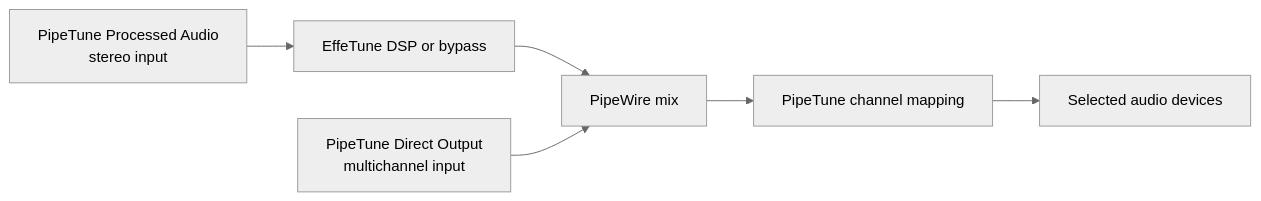
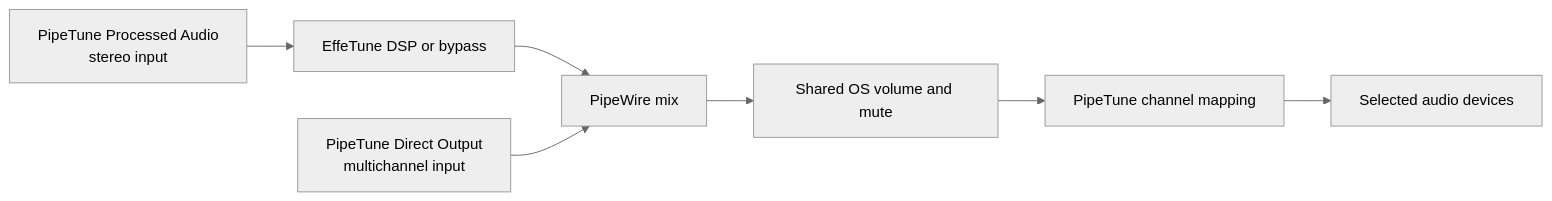
The diagram in README.md (kekyo/pipetune), drawn with Mermaid (neutral theme) before and after one commit. The commit also changed other lines of this file and 3 other files, not shown here.

Commit message:
doc: explain shared output volume and record plan2 verification

````diff
--- a/README.md
+++ b/README.md
@@ -163,13 +163,14 @@
 ```mermaid
 flowchart LR
     processed["PipeTune Processed Audio<br/>stereo input"]
     dsp["EffeTune DSP or bypass"]
     direct["PipeTune Direct Output<br/>multichannel input"]
     mix["PipeWire mix"]
+    volume["Shared OS volume and mute"]
     mapping["PipeTune channel mapping"]
     devices["Selected audio devices"]
 
     processed --> dsp --> mix
     direct --> mix
-    mix --> mapping --> devices
+    mix --> volume --> mapping --> devices
 ```
````
